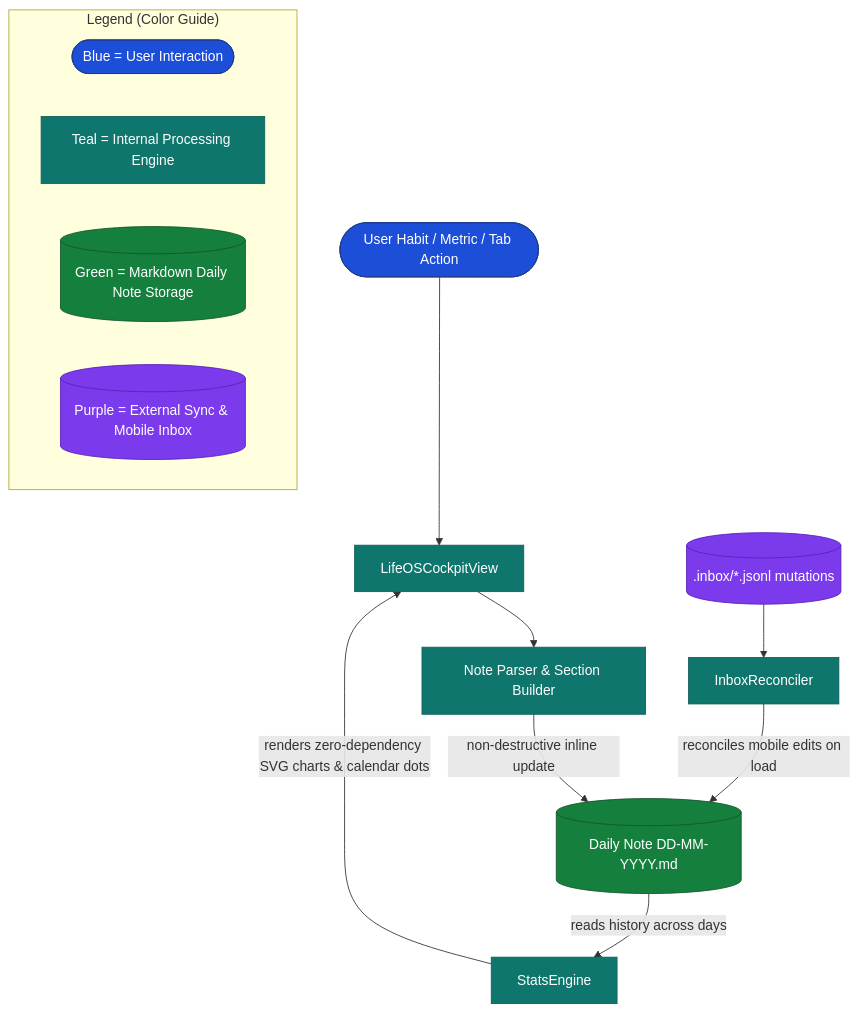
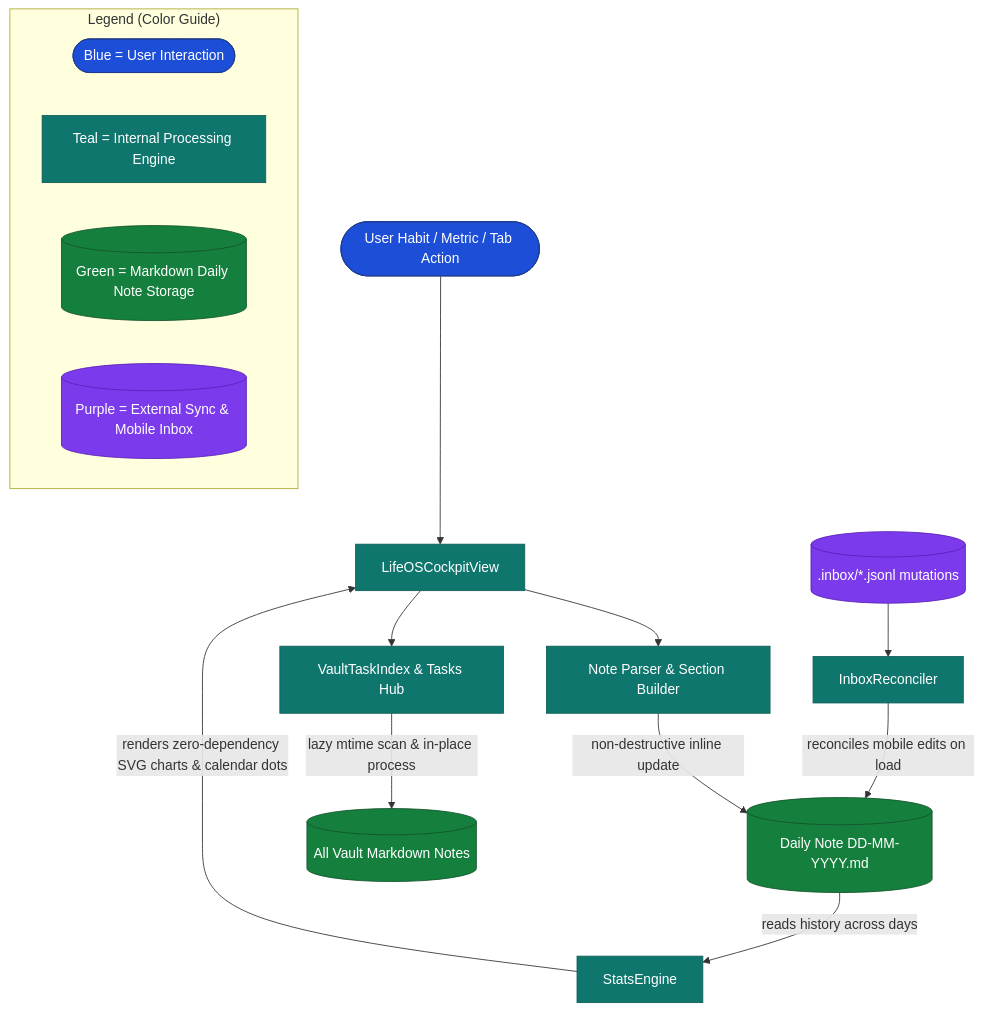
One commit to Mostakim2005/life-os changed the first of 3 diagrams in docs/ARCHITECTURE.md. Above: the diagram before and after it, drawn with Mermaid. The commit also changed other lines of this file and 12 other files, not shown here.

Commit message:
feat(tasks): add Phase 2 unified smart tasks hub with vault-wide lazy index (v2.2.0)

````diff
--- a/docs/ARCHITECTURE.md
+++ b/docs/ARCHITECTURE.md
@@ -6,23 +6,25 @@
 ```mermaid
 flowchart TB
     %% Color Definitions (Obsidian & GitHub compatible)
     classDef startNode fill:#1d4ed8,stroke:#1e3a8a,color:#ffffff
     classDef processNode fill:#0f766e,stroke:#115e59,color:#ffffff
     classDef outputNode fill:#15803d,stroke:#14532d,color:#ffffff
     classDef bridgeNode fill:#7c3aed,stroke:#5b21b6,color:#ffffff
 
     User([User Habit / Metric / Tab Action]):::startNode --> Cockpit[LifeOSCockpitView]:::processNode
     Cockpit --> NoteParser[Note Parser & Section Builder]:::processNode
+    Cockpit --> TaskHub[VaultTaskIndex & Tasks Hub]:::processNode
+    TaskHub -->|lazy mtime scan & in-place process| VaultFiles[(All Vault Markdown Notes)]:::outputNode
     NoteParser -->|non-destructive inline update| NoteFile[(Daily Note DD-MM-YYYY.md)]:::outputNode
     NoteFile -->|reads history across days| Stats[StatsEngine]:::processNode
     Stats -->|renders zero-dependency SVG charts & calendar dots| Cockpit
     Inbox[(.inbox/*.jsonl mutations)]:::bridgeNode --> Reconciler[InboxReconciler]:::processNode
     Reconciler -->|reconciles mobile edits on load| NoteFile
 
     subgraph Legend["Legend (Color Guide)"]
         L1([Blue = User Interaction]):::startNode
         L2[Teal = Internal Processing Engine]:::processNode
         L3[(Green = Markdown Daily Note Storage)]:::outputNode
         L4[(Purple = External Sync & Mobile Inbox)]:::bridgeNode
     end
 ```
````
